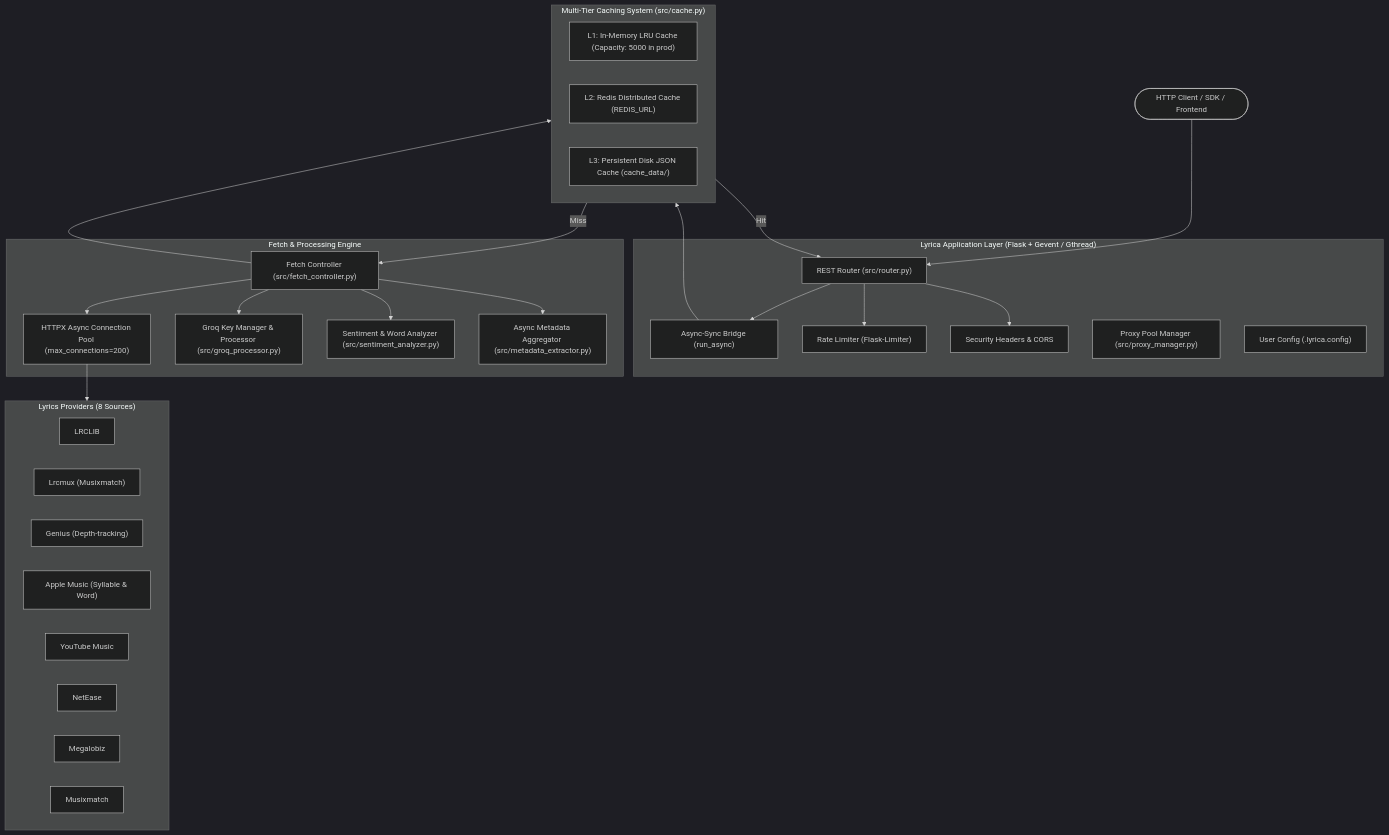
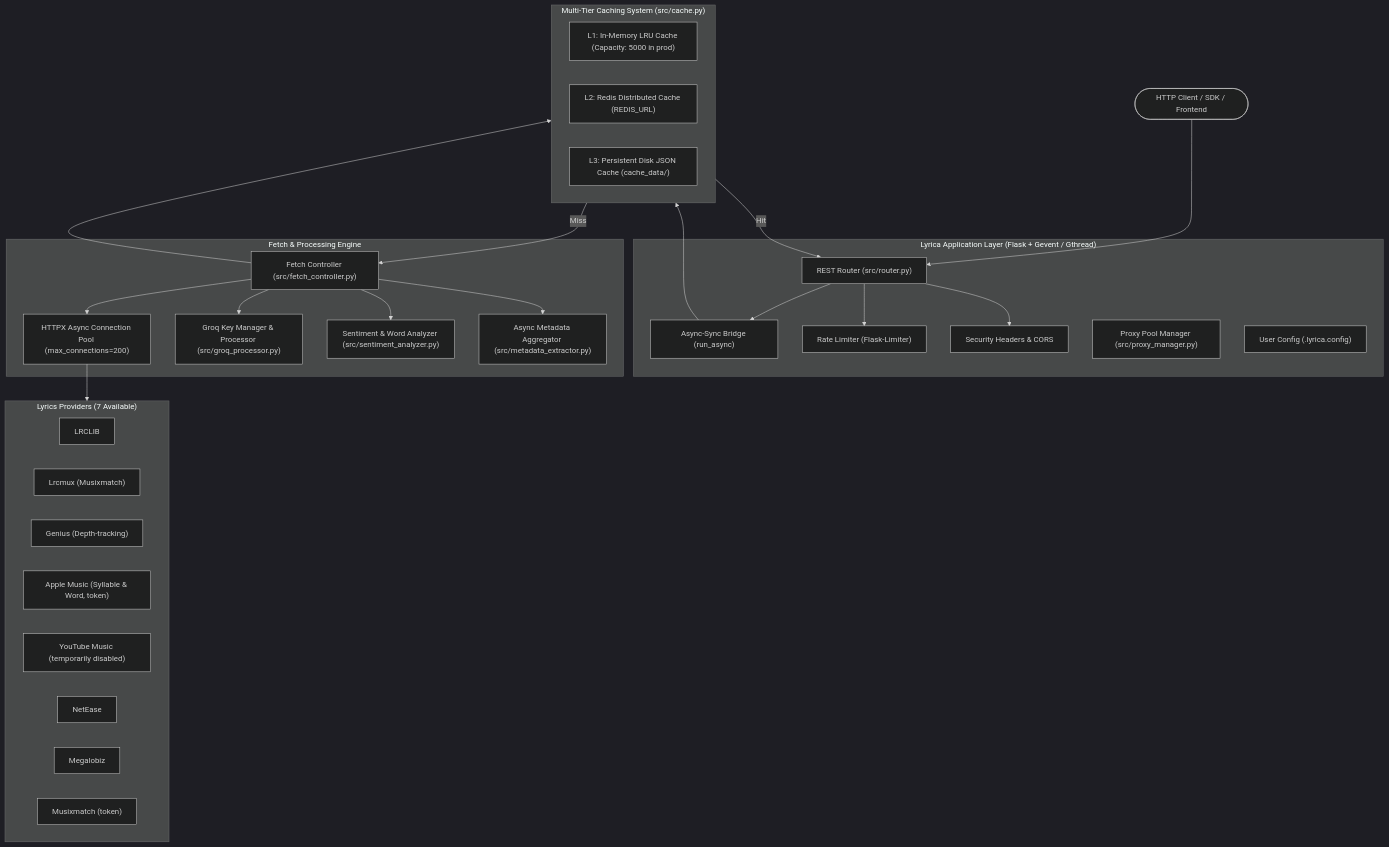
One commit to Wilooper/Lyrica changed the first of 2 diagrams in docs/architecture/overview.md. Above: the diagram before and after it, drawn with Mermaid (dark theme). The commit also changed 44 other files, not shown here.

````diff
--- a/docs/architecture/overview.md
+++ b/docs/architecture/overview.md
@@ -9,53 +9,53 @@
 ```mermaid
 graph TD
     Client([HTTP Client / SDK / Frontend])
 
     subgraph Server["Lyrica Application Layer (Flask + Gevent / Gthread)"]
         Router["REST Router (src/router.py)"]
         AsyncBridge["Async-Sync Bridge (run_async)"]
         Limiter["Rate Limiter (Flask-Limiter)"]
         Security["Security Headers & CORS"]
         ProxyMgr["Proxy Pool Manager (src/proxy_manager.py)"]
         UserCfg["User Config (.lyrica.config)"]
     end
 
     subgraph Caching["Multi-Tier Caching System (src/cache.py)"]
         L1["L1: In-Memory LRU Cache (Capacity: 5000 in prod)"]
         L2["L2: Redis Distributed Cache (REDIS_URL)"]
         L3["L3: Persistent Disk JSON Cache (cache_data/)"]
     end
 
     subgraph Controller["Fetch & Processing Engine"]
         FetchCtrl["Fetch Controller (src/fetch_controller.py)"]
         Pool["HTTPX Async Connection Pool (max_connections=200)"]
         GroqMgr["Groq Key Manager & Processor (src/groq_processor.py)"]
         Sentiment["Sentiment & Word Analyzer (src/sentiment_analyzer.py)"]
         MetadataEng["Async Metadata Aggregator (src/metadata_extractor.py)"]
     end
 
-    subgraph Providers["Lyrics Providers (8 Sources)"]
+    subgraph Providers["Lyrics Providers (7 Available)"]
         P1["LRCLIB"]
         P2["Lrcmux (Musixmatch)"]
         P3["Genius (Depth-tracking)"]
-        P4["Apple Music (Syllable & Word)"]
-        P5["YouTube Music"]
+        P4["Apple Music (Syllable & Word, token)"]
+        P5["YouTube Music (temporarily disabled)"]
         P6["NetEase"]
         P7["Megalobiz"]
-        P8["Musixmatch"]
+        P8["Musixmatch (token)"]
     end
 
     Client --> Router
     Router --> Security
     Router --> Limiter
     Router --> AsyncBridge
     AsyncBridge --> Caching
     Caching -- Hit --> Router
     Caching -- Miss --> FetchCtrl
 
     FetchCtrl --> Pool
     Pool --> Providers
     FetchCtrl --> GroqMgr
     FetchCtrl --> Sentiment
     FetchCtrl --> MetadataEng
     FetchCtrl --> Caching
 ```
````
